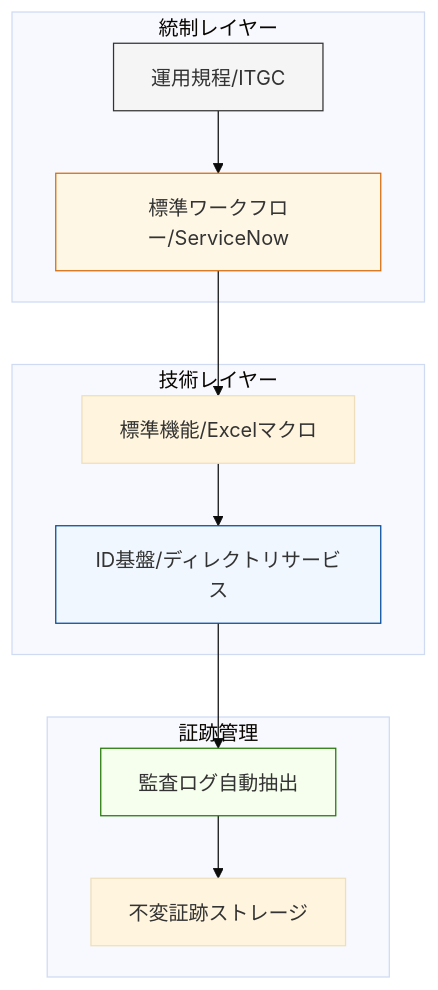
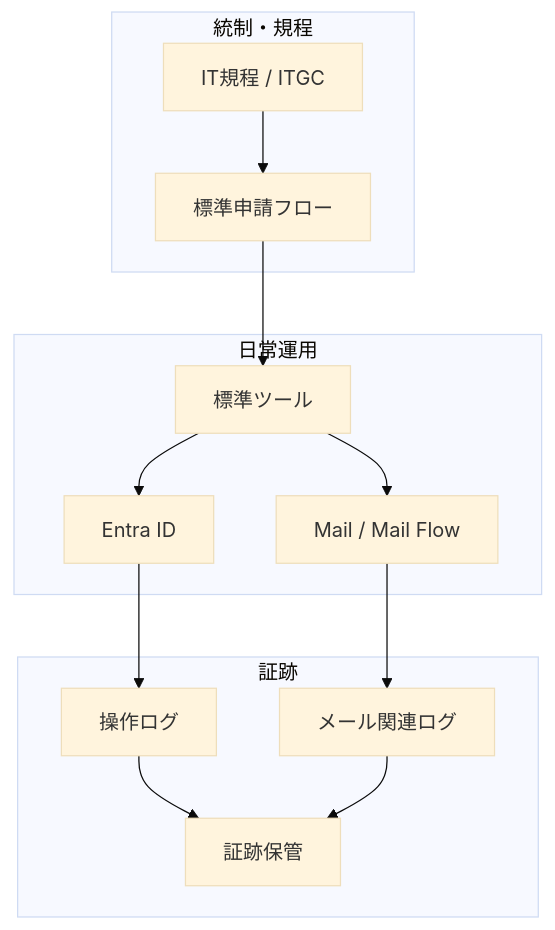
The diagram in projects/02_ent_identity_control/README.md (conti0513/development_public), drawn with Mermaid (base theme) before and after one commit. The commit also changed other lines of this file, not shown here.

`````diff
--- a/projects/02_ent_identity_control/README.md
+++ b/projects/02_ent_identity_control/README.md
@@ -13,22 +57,20 @@
 ```mermaid
 graph TD
-    subgraph Governance [統制レイヤー]
-        Policy[運用規程/ITGC] --> Workflow[標準ワークフロー/ServiceNow]
+    subgraph Governance [統制・規程]
+        Policy[IT規程 / ITGC]
+        Policy --> Workflow[標準申請フロー]
     end
 
-    subgraph Operation [技術レイヤー]
-        Workflow --> Tool[標準機能/Excelマクロ]
-        Tool --> Directory[ID基盤/ディレクトリサービス]
+    subgraph Operation [日常運用]
+        Workflow --> Tool[標準ツール]
+        Tool --> Entra[Entra ID]
+        Tool --> Mail[Mail / Mail Flow]
     end
 
-    subgraph Evidence [証跡管理]
-        Directory --> Log[監査ログ自動抽出]
-        Log --> Archive[不変証跡ストレージ]
+    subgraph Evidence [証跡]
+        Entra --> Log1[操作ログ]
+        Mail --> Log2[メール関連ログ]
+        Log1 --> Archive[証跡保管]
+        Log2 --> Archive
     end
-
-    style Directory fill:#f0f7ff,stroke:#004a99,stroke-width:1px
-    style Log fill:#f6ffed,stroke:#237804,stroke-width:1px
-    style Workflow fill:#fff7e6,stroke:#d46b08,stroke-width:1px
-    style Policy fill:#f5f5f5,stroke:#333,stroke-width:1px
-
-```
+````
`````
